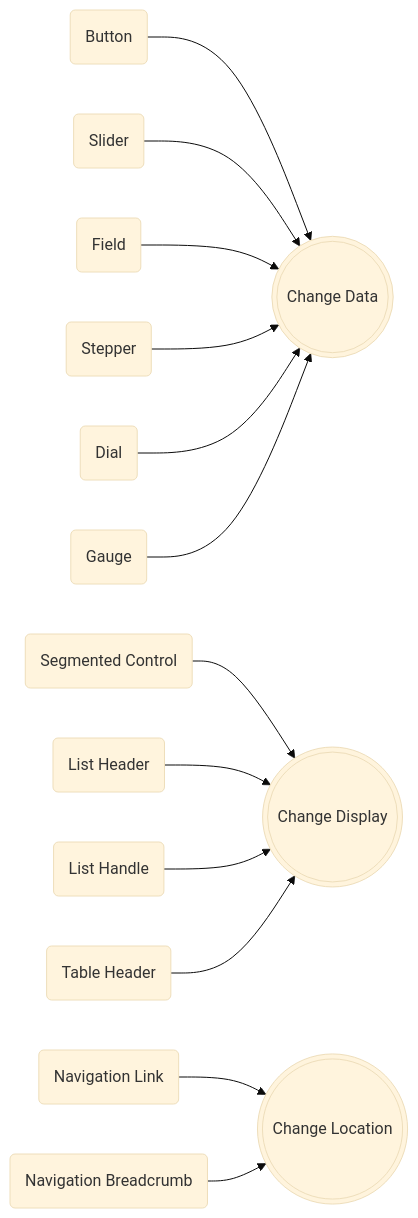
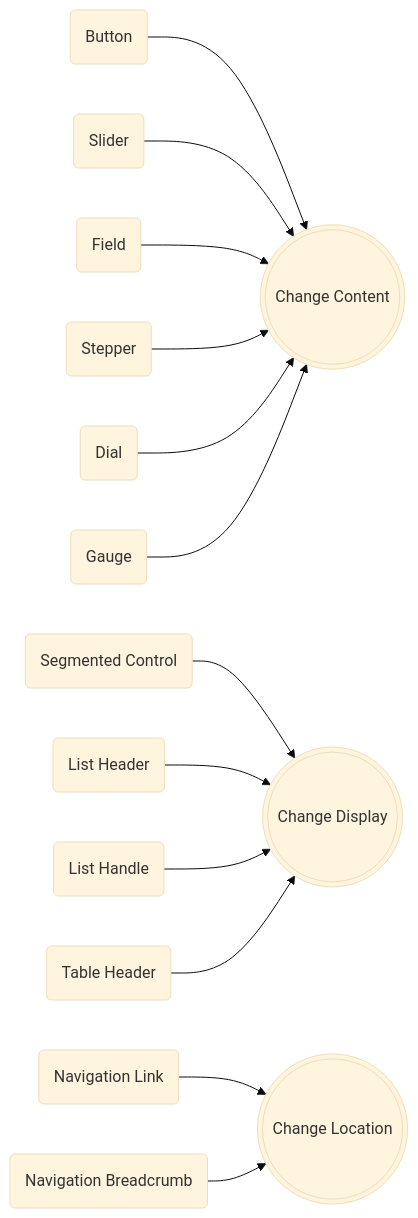
Before and after one commit to incremental-design/seamlss-design-system: the third of 39 diagrams in Components.md, drawn with Mermaid (base theme). The commit also changed other lines of this file and 1 other file, not shown here.

````diff
--- a/Components.md
+++ b/Components.md
@@ -36,8 +48,8 @@
 ```mermaid
 	flowchart LR
-		B(Button) & S(Slider) & F(Field) & ST(Stepper) & D(Dial) & G(Gauge) --> A(((Change Data)))
+		B(Button) & S(Slider) & F(Field) & ST(Stepper) & D(Dial) & G(Gauge) --> A(((Change Content)))
 		
 		SC(Segmented Control) & LH(List Header) & LHH(List Handle) & TH(Table Header) --> AA(((Change Display)))
 		
 		NL(Navigation Link) & NB(Navigation Breadcrumb) --> AAA(((Change Location)))
 ```
````
